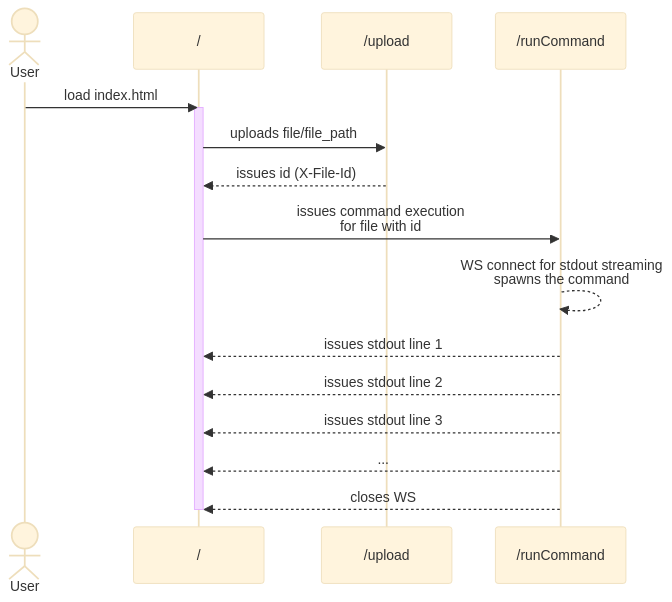
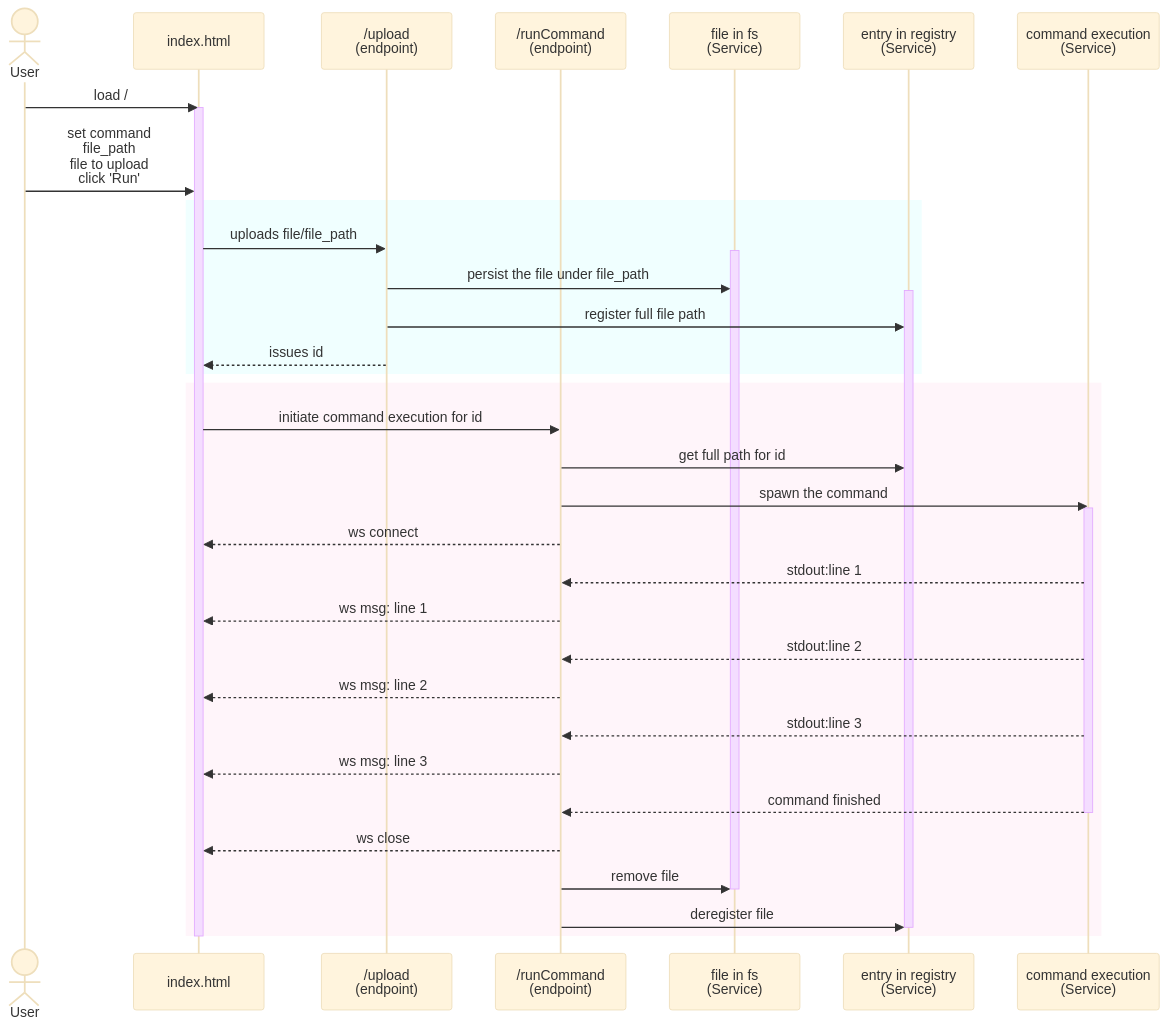
Before and after one commit to konrads/ws-file-executor: the diagram in README.md, drawn with Mermaid (base theme).

Commit message:
improved the sequence diagram

````diff
--- a/README.md
+++ b/README.md
@@ -13,20 +13,47 @@
 ```mermaid
 sequenceDiagram
     actor       User
-    participant page as /
-    participant upload as /upload
-    participant runCommand as /runCommand
+    participant page as index.html
+    participant upload as /upload<br/>(endpoint)
+    participant runCommand as /runCommand<br/>(endpoint)
+    participant fs as file in fs<br/>(Service)
+    participant registry as entry in registry<br/>(Service)
+    participant command as command execution<br/>(Service)
 
-    User->>page: load index.html
+    User->>page: load /
     activate page
-    page->>upload: uploads file/file_path
-    upload-->>page: issues id (X-File-Id)
-    page->>runCommand: issues command execution<br/>for file with id
-    runCommand-->>runCommand: WS connect for stdout streaming<br/>spawns the command
-    runCommand-->>page: issues stdout line 1
-    runCommand-->>page: issues stdout line 2
-    runCommand-->>page: issues stdout line 3
-    runCommand-->>page: ...
-    runCommand-->>page: closes WS
+    User->>page: set command<br/>file_path<br/>file to upload<br/>click 'Run'
+
+    # /upload request
+    rect rgb(240, 255, 255)
+        page->>upload: uploads file/file_path
+        activate fs
+        upload->>fs: persist the file under file_path
+        activate registry
+        upload->>registry: register full file path
+        upload-->>page: issues id
+    end
+
+    # /runCommand request
+    rect rgb(255, 245, 250)
+        page->>runCommand: initiate command execution for id
+        runCommand->>registry: get full path for id
+        runCommand->>command: spawn the command
+        activate command
+        runCommand-->>page: ws connect
+        command-->>runCommand: stdout:line 1
+        runCommand-->>page: ws msg: line 1
+        command-->>runCommand: stdout:line 2
+        runCommand-->>page: ws msg: line 2
+        command-->>runCommand: stdout:line 3
+        runCommand-->>page: ws msg: line 3
+        command-->>runCommand: command finished
+        deactivate command
+        runCommand-->>page: ws close
+        runCommand->>fs: remove file
+        deactivate fs
+        runCommand->>registry: deregister file
+        deactivate registry
+    end
     deactivate page
 ```
````
